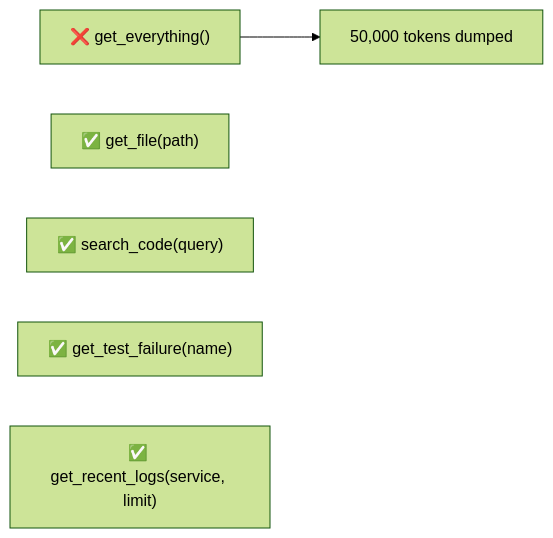
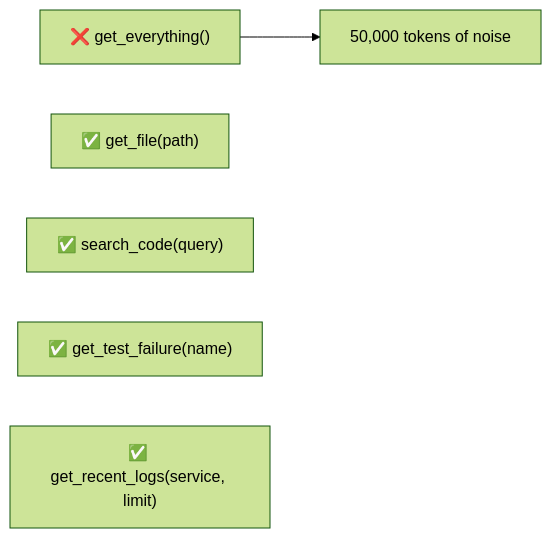
Before and after one commit to ayushman-glb/ai-engineering-playbook: diagram 13 of 32 in Ai_optimization_guide.md, drawn with Mermaid (forest theme). The commit also changed other lines of this file, not shown here.

````diff
--- a/Ai_optimization_guide.md
+++ b/Ai_optimization_guide.md
@@ -402,8 +816,8 @@
 ```mermaid
 flowchart LR
-    Bad["❌ get_everything()"] --> BadOut[50,000 tokens dumped]
+    Bad["❌ get_everything()"] --> X["50,000 tokens of noise"]
     Good1["✅ get_file(path)"]
     Good2["✅ search_code(query)"]
     Good3["✅ get_test_failure(name)"]
     Good4["✅ get_recent_logs(service, limit)"]
 ```
````
